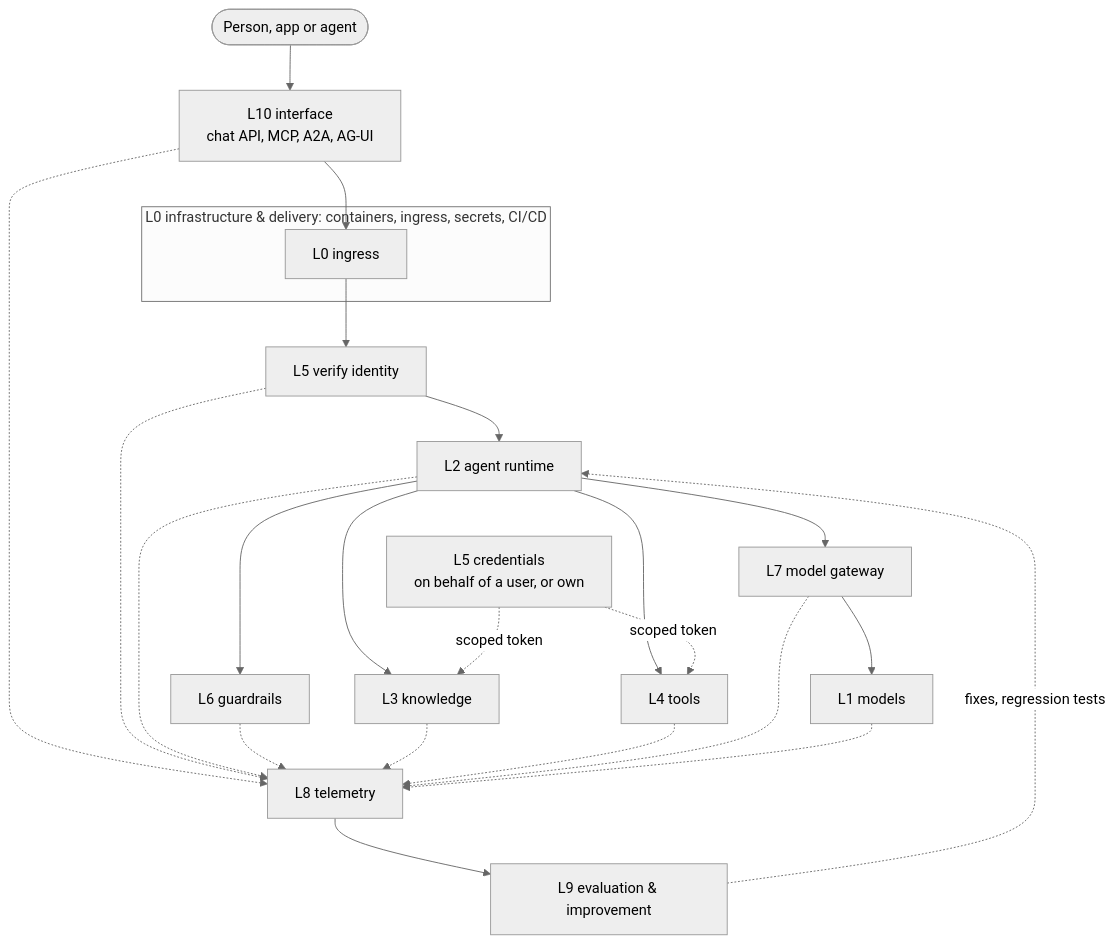
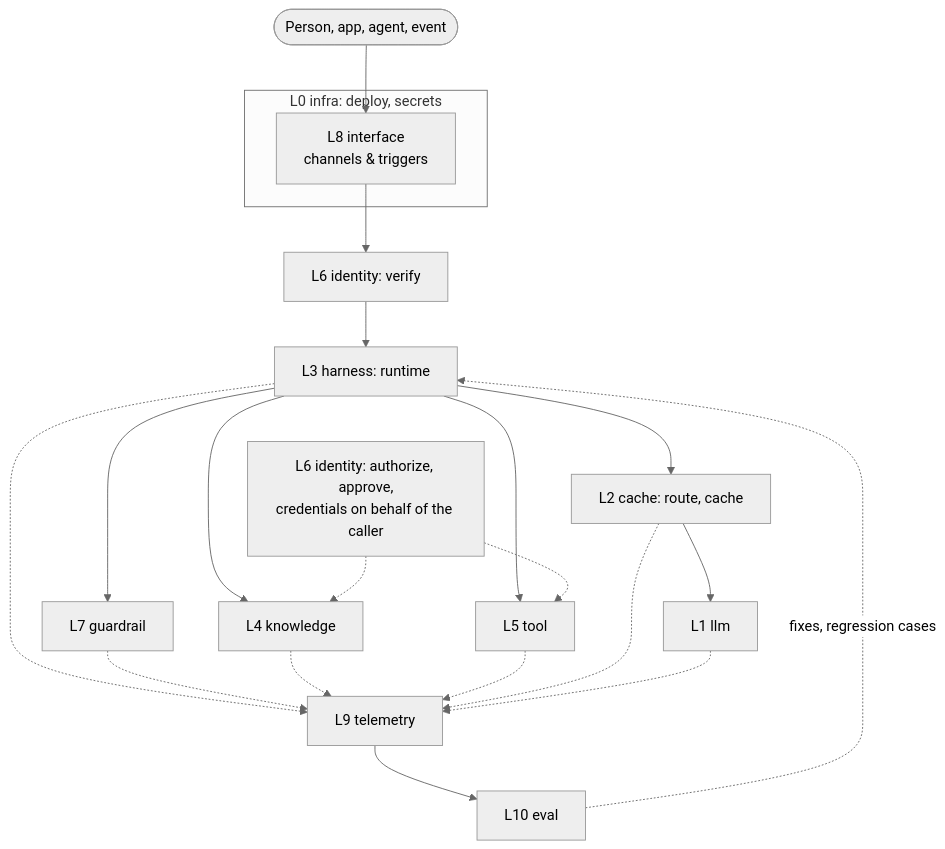
Before and after one commit to aantenore/agent-layers: the diagram in docs/stack.md, drawn with Mermaid (neutral theme). The commit also changed other lines of this file and 345 other files, not shown here.

````diff
--- a/docs/stack.md
+++ b/docs/stack.md
@@ -79,29 +31,24 @@
 ```mermaid
 flowchart TB
-  client([Person, app or agent]) --> L10[L10 interface<br/>chat API, MCP, A2A, AG-UI]
-  L10 --> ing[L0 ingress]
-  ing --> L5v[L5 verify identity]
-  L5v --> L2[L2 agent runtime]
-  L2 --> L6[L6 guardrails]
-  L2 --> L3[L3 knowledge]
-  L2 --> L4[L4 tools]
-  L5c[L5 credentials<br/>on behalf of a user, or own] -.->|scoped token| L3
-  L5c -.->|scoped token| L4
-  L2 --> L7[L7 model gateway]
-  L7 --> L1[L1 models]
-
-  L10 -.-> L8
-  L5v -.-> L8
-  L2 -.-> L8
-  L6 -.-> L8
-  L3 -.-> L8
-  L4 -.-> L8
-  L7 -.-> L8
-  L1 -.-> L8
-  L8[L8 telemetry] --> L9[L9 evaluation & improvement]
-  L9 -.->|fixes, regression tests| L2
-
-  subgraph L0[L0 infrastructure & delivery: containers, ingress, secrets, CI/CD]
-    ing
+  client([Person, app, agent, event]) --> L8[L8 interface<br/>channels & triggers]
+  L8 --> L6v[L6 identity: verify]
+  L6v --> L3[L3 harness: runtime]
+  L3 --> L7[L7 guardrail]
+  L3 --> L4[L4 knowledge]
+  L3 --> L5[L5 tool]
+  L6a[L6 identity: authorize, approve,<br/>credentials on behalf of the caller] -.-> L5
+  L6a -.-> L4
+  L3 --> L2[L2 cache: route, cache]
+  L2 --> L1[L1 llm]
+  L3 -.-> L9[L9 telemetry]
+  L7 -.-> L9
+  L4 -.-> L9
+  L5 -.-> L9
+  L2 -.-> L9
+  L1 -.-> L9
+  L9 --> L10[L10 eval]
+  L10 -.->|fixes, regression cases| L3
+  subgraph L0[L0 infra: deploy, secrets]
+    L8
   end
 ```
````
